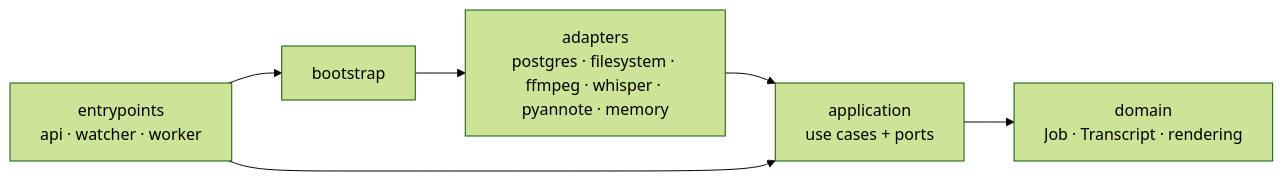
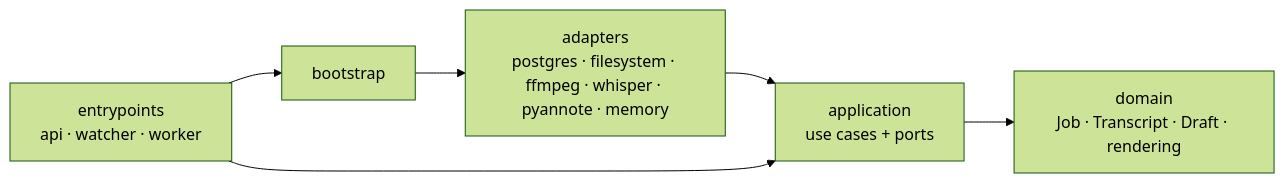
Before and after one commit to kokhoui83/audio-scribe: the second of 4 diagrams in docs/architecture.md, drawn with Mermaid (forest theme). The commit also changed other lines of this file and 38 other files, not shown here.

````diff
--- a/docs/architecture.md
+++ b/docs/architecture.md
@@ -42,8 +56,8 @@
 ```mermaid
 flowchart LR
     E[entrypoints<br/>api · watcher · worker] --> B[bootstrap]
     B --> A[adapters<br/>postgres · filesystem · ffmpeg · whisper · pyannote · memory]
     A --> U[application<br/>use cases + ports]
-    U --> D[domain<br/>Job · Transcript · rendering]
+    U --> D[domain<br/>Job · Transcript · Draft · rendering]
     E --> U
 ```
````
